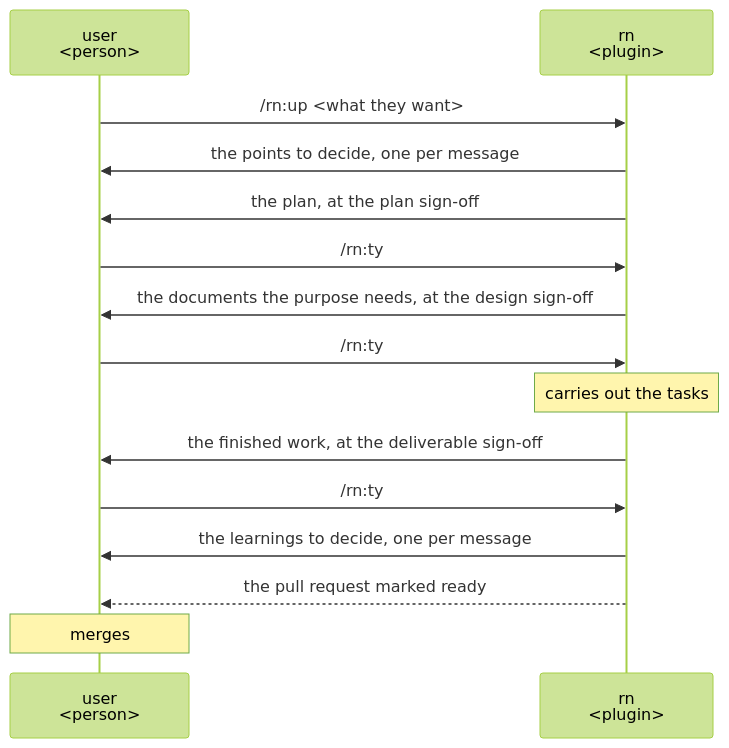
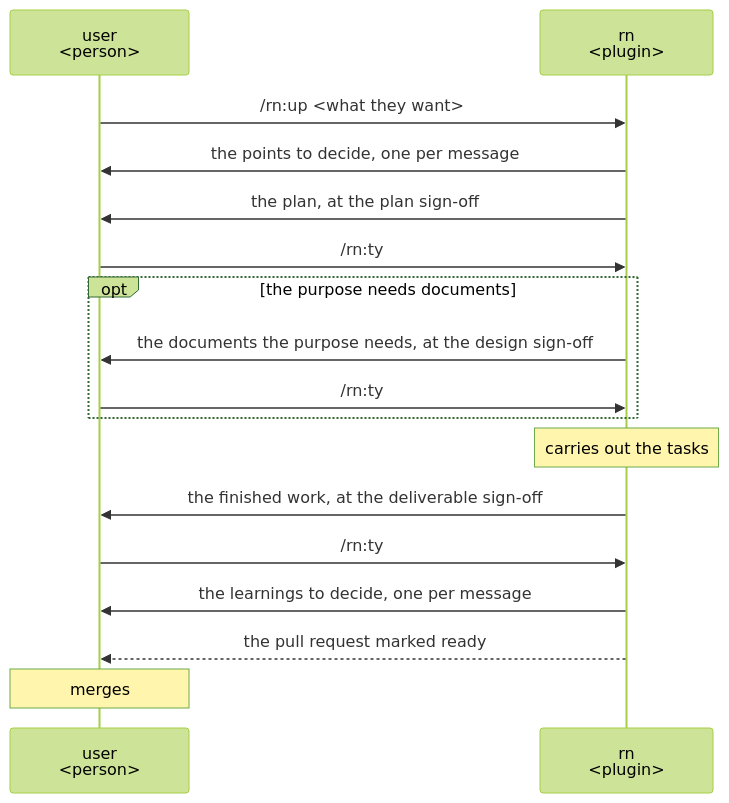
One commit to lovaizu/ccpm changed the first of 5 diagrams in dev/rn/ux.md. Above: the diagram before and after it, drawn with Mermaid (forest theme). The commit also changed other lines of this file and 22 other files, not shown here.

````diff
--- a/dev/rn/ux.md
+++ b/dev/rn/ux.md
@@ -55,17 +55,19 @@
 ```mermaid
 sequenceDiagram
   participant U as user<br/>#lt;person#gt;
   participant R as rn<br/>#lt;plugin#gt;
   U->>R: /rn:up #lt;what they want#gt;
   R->>U: the points to decide, one per message
   R->>U: the plan, at the plan sign-off
   U->>R: /rn:ty
-  R->>U: the documents the purpose needs, at the design sign-off
-  U->>R: /rn:ty
+  opt the purpose needs documents
+    R->>U: the documents the purpose needs, at the design sign-off
+    U->>R: /rn:ty
+  end
   Note over R: carries out the tasks
   R->>U: the finished work, at the deliverable sign-off
   U->>R: /rn:ty
   R->>U: the learnings to decide, one per message
   R-->>U: the pull request marked ready
   Note over U: merges
 ```
````
